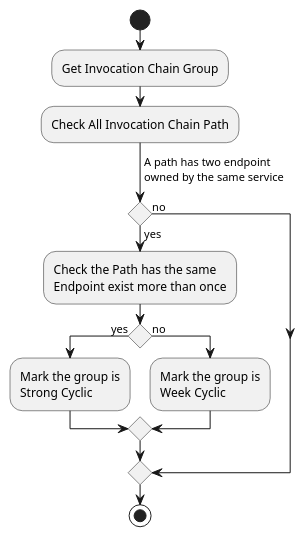
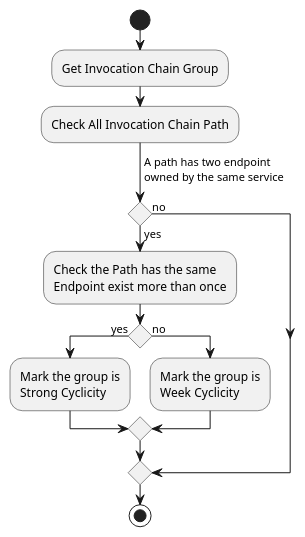
One commit to b4456609/mgp-back changed the diagram in diagram/findCyclicInvocationChain.puml. Above: the diagram before and after it, drawn with PlantUML.

Commit message:
update cyclic diagram

```diff
--- a/diagram/findCyclicInvocationChain.puml
+++ b/diagram/findCyclicInvocationChain.puml
@@ -1,16 +1,16 @@
 @startuml
 start
 :Get Invocation Chain Group;
 :Check All Invocation Chain Path;
 -> A path has two endpoint\nowned by the same service;
 if() then(yes)
 :Check the Path has the same\nEndpoint exist more than once;
 if() then(yes)
-:Mark the group is\nStrong Cyclic;
+:Mark the group is\nStrong Cyclicity;
 else(no)
-:Mark the group is\nWeek Cyclic;
+:Mark the group is\nWeek Cyclicity;
 endif
 else(no)
 endif
 stop
 @enduml
```
